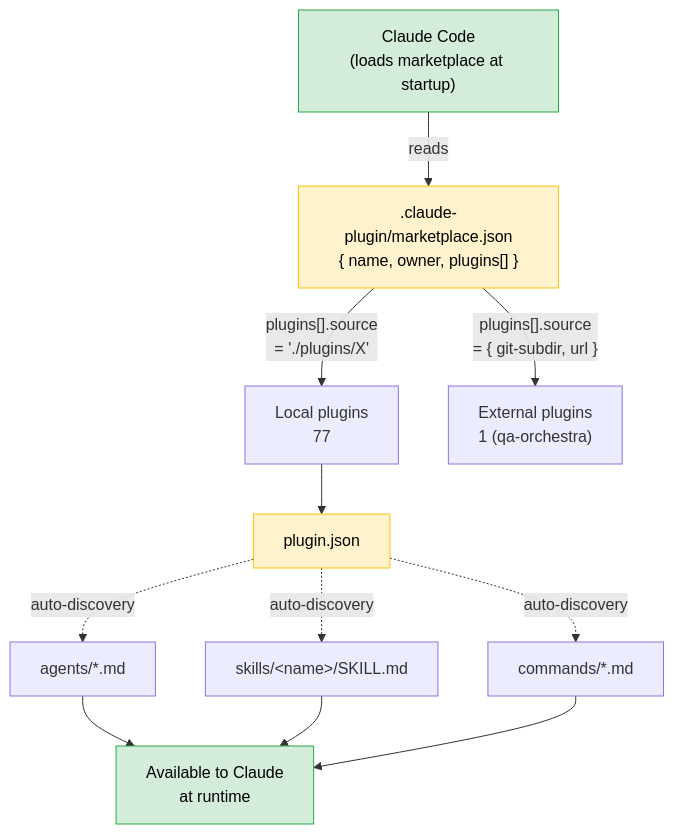
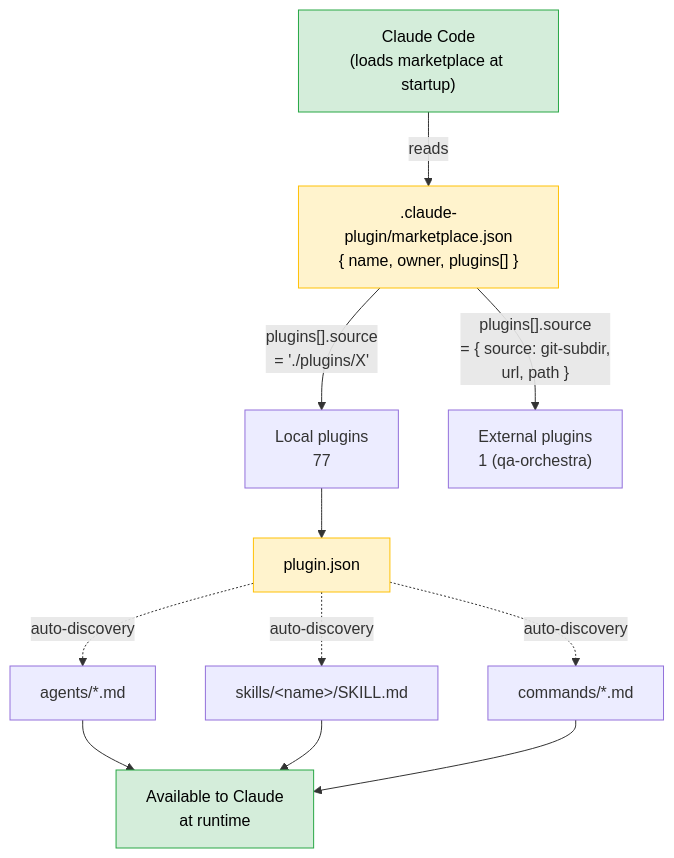
The third of 8 diagrams in docs/visual-overview.md (HunterLearn/agentsSkills), drawn with Mermaid before and after one commit. The commit also changed other lines of this file, not shown here.

````diff
--- a/docs/visual-overview.md
+++ b/docs/visual-overview.md
@@ -80,23 +80,23 @@
 ```mermaid
 flowchart TB
     CC["Claude Code<br/>(loads marketplace at startup)"]
     Manifest[".claude-plugin/marketplace.json<br/>{ name, owner, plugins[] }"]
     CC -->|"reads"| Manifest
 
     Manifest -->|"plugins[].source<br/>= './plugins/X'"| Local["Local plugins<br/>77"]
-    Manifest -->|"plugins[].source<br/>= { git-subdir, url }"| External["External plugins<br/>1 (qa-orchestra)"]
+    Manifest -->|"plugins[].source<br/>= { source: git-subdir,<br/>url, path }"| External["External plugins<br/>1 (qa-orchestra)"]
 
     Local --> PJ["plugin.json"]
     PJ -.->|"auto-discovery"| AgentsDir["agents/*.md"]
     PJ -.->|"auto-discovery"| SkillsDir["skills/&lt;name&gt;/SKILL.md"]
     PJ -.->|"auto-discovery"| CmdsDir["commands/*.md"]
 
     AgentsDir --> CCRuntime["Available to Claude<br/>at runtime"]
     SkillsDir --> CCRuntime
     CmdsDir --> CCRuntime
 
     classDef registry fill:#fff3cd,stroke:#ffc107,color:#000
     classDef runtime fill:#d4edda,stroke:#28a745,color:#000
     class Manifest,PJ registry
     class CC,CCRuntime runtime
 ```
````
